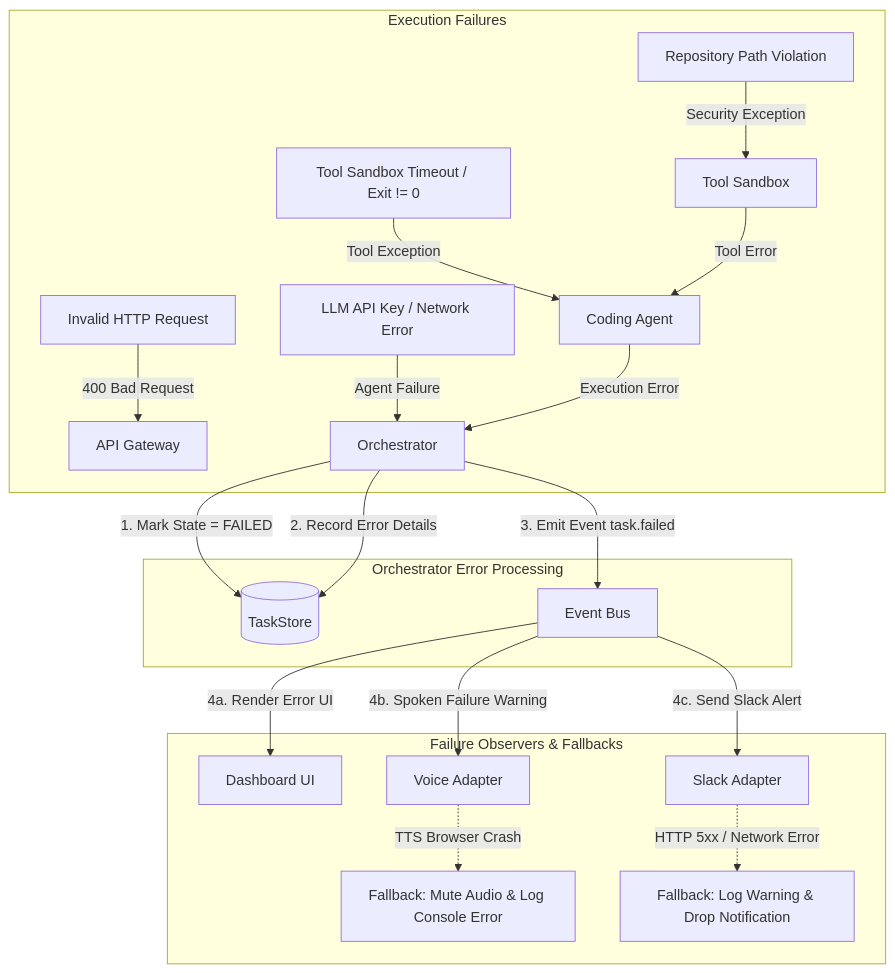
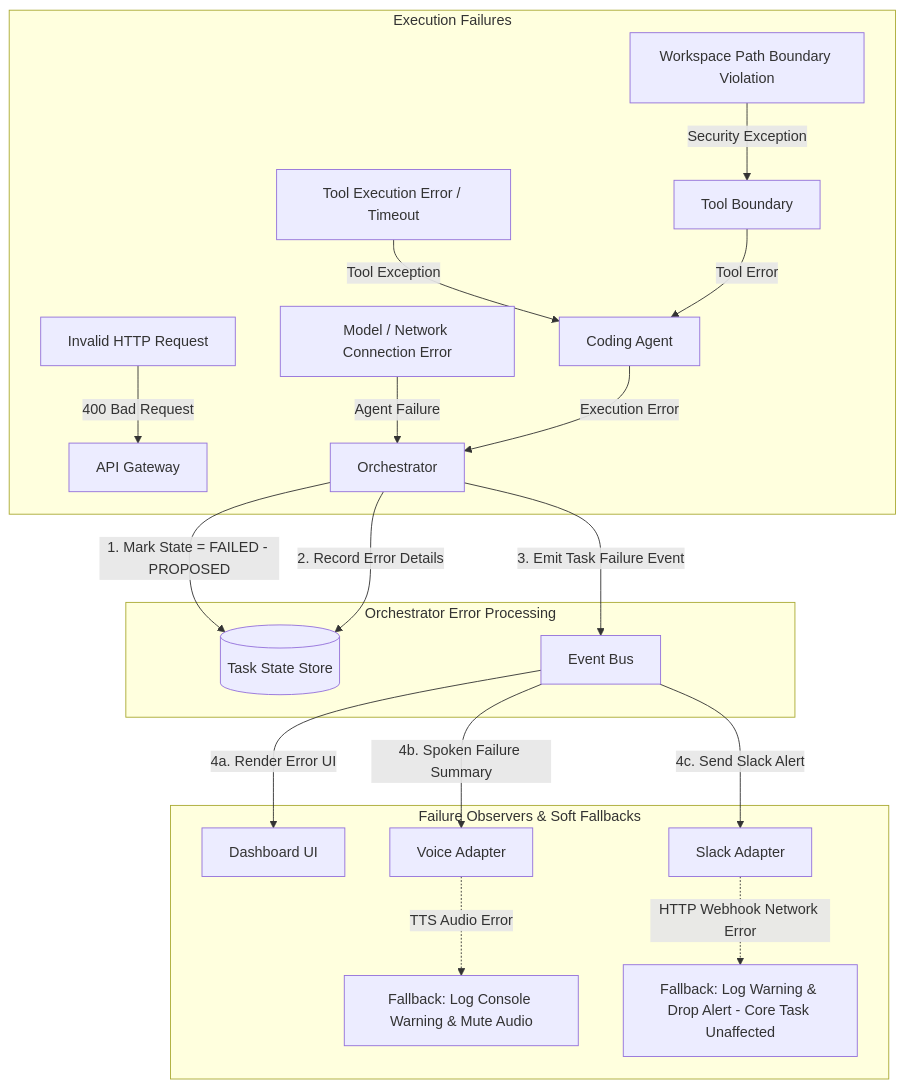
The diagram in docs/architecture/error-failure-flow.md (Prempujara/edith), drawn with Mermaid before and after one commit. The commit also changed other lines of this file and 19 other files, not shown here.

Commit message:
docs: refine EDITH-001 architecture contracts and boundaries

````diff
--- a/docs/architecture/error-failure-flow.md
+++ b/docs/architecture/error-failure-flow.md
@@ -18,26 +18,26 @@
 ```mermaid
 graph TD
     subgraph Execution Failures
         F1[Invalid HTTP Request] -->|400 Bad Request| API[API Gateway]
-        F2[Tool Sandbox Timeout / Exit != 0] -->|Tool Exception| Agent[Coding Agent]
-        F3[LLM API Key / Network Error] -->|Agent Failure| Orch[Orchestrator]
-        F4[Repository Path Violation] -->|Security Exception| Tool[Tool Sandbox]
+        F2[Tool Execution Error / Timeout] -->|Tool Exception| Agent[Coding Agent]
+        F3[Model / Network Connection Error] -->|Agent Failure| Orch[Orchestrator]
+        F4[Workspace Path Boundary Violation] -->|Security Exception| Tool[Tool Boundary]
     end
 
     subgraph Orchestrator Error Processing
         Agent -->|Execution Error| Orch
         Tool -->|Tool Error| Agent
-        Orch -->|1. Mark State = FAILED| Store[(TaskStore)]
+        Orch -->|1. Mark State = FAILED - PROPOSED| Store[(Task State Store)]
         Orch -->|2. Record Error Details| Store
-        Orch -->|3. Emit Event task.failed| Bus[Event Bus]
+        Orch -->|3. Emit Task Failure Event| Bus[Event Bus]
     end
 
-    subgraph Failure Observers & Fallbacks
+    subgraph Failure Observers & Soft Fallbacks
         Bus -->|4a. Render Error UI| Dash[Dashboard UI]
-        Bus -->|4b. Spoken Failure Warning| Voice[Voice Adapter]
+        Bus -->|4b. Spoken Failure Summary| Voice[Voice Adapter]
         Bus -->|4c. Send Slack Alert| Slack[Slack Adapter]
         
-        Voice -.->|TTS Browser Crash| VoiceFB[Fallback: Mute Audio & Log Console Error]
-        Slack -.->|HTTP 5xx / Network Error| SlackFB[Fallback: Log Warning & Drop Notification]
+        Voice -.->|TTS Audio Error| VoiceFB[Fallback: Log Console Warning & Mute Audio]
+        Slack -.->|HTTP Webhook Network Error| SlackFB[Fallback: Log Warning & Drop Alert - Core Task Unaffected]
     end
 ```
````
